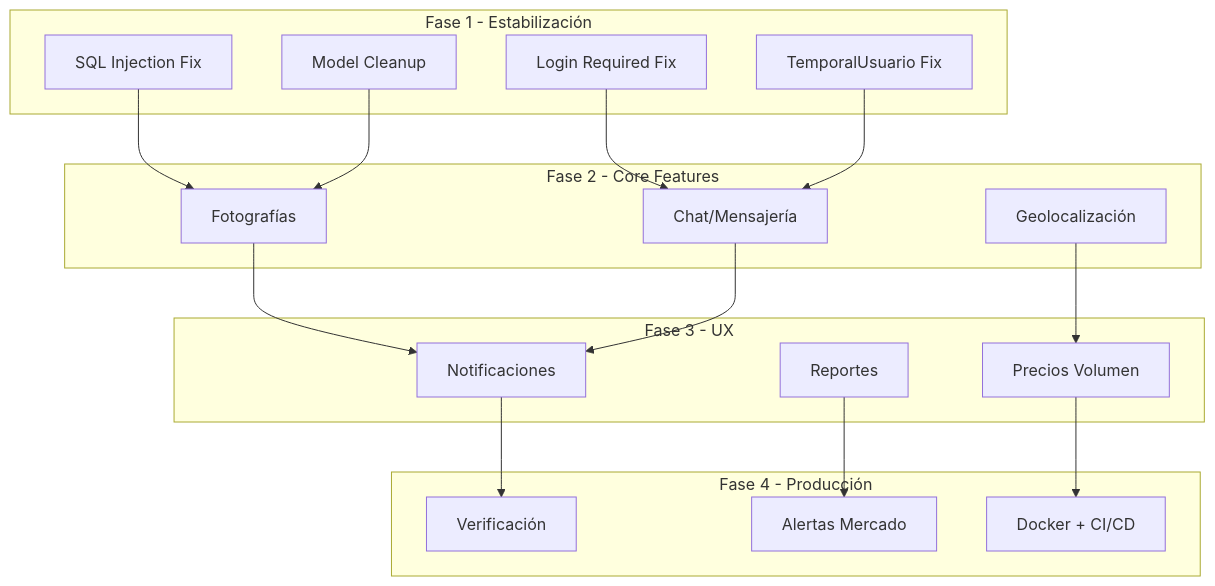
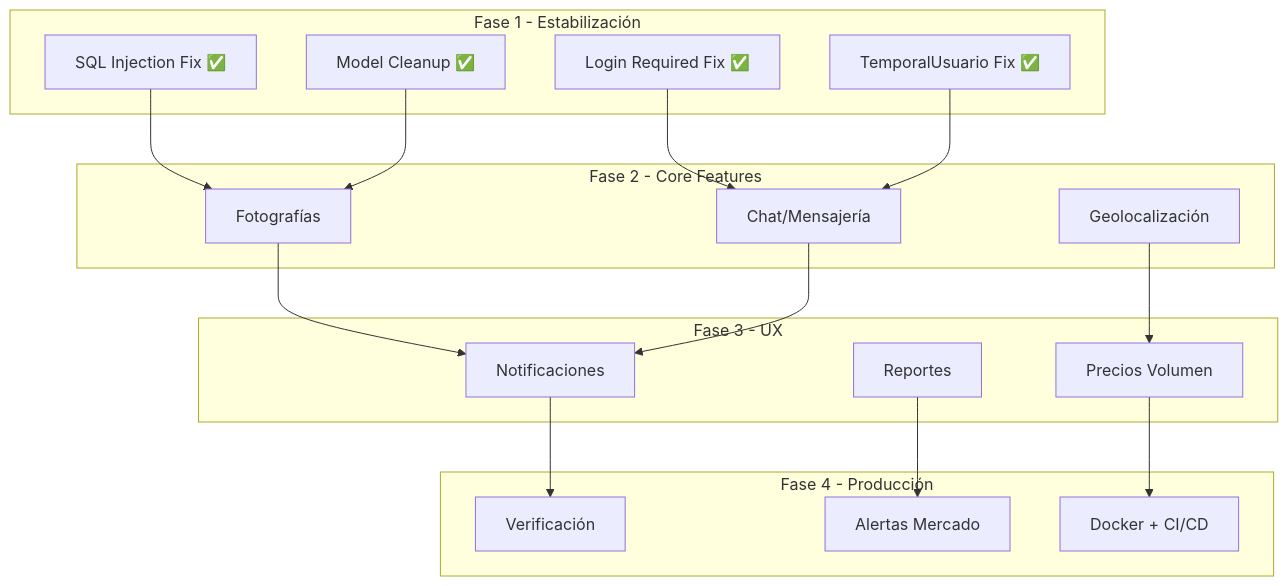
One commit to danieldavid-23/agrosft changed the diagram in docs/ROADMAP.md. Above: the diagram before and after it, drawn with Mermaid. The commit also changed other lines of this file and 52 other files, not shown here.

````diff
--- a/docs/ROADMAP.md
+++ b/docs/ROADMAP.md
@@ -162,38 +180,38 @@
 ```mermaid
 graph TD
     subgraph Fase 1 - Estabilización
-        S1[SQL Injection Fix]
-        S2[Login Required Fix]
-        S3[TemporalUsuario Fix]
-        S4[Model Cleanup]
+        S1[SQL Injection Fix ✅]
+        S2[Login Required Fix ✅]
+        S3[TemporalUsuario Fix ✅]
+        S4[Model Cleanup ✅]
     end
 
     subgraph Fase 2 - Core Features
         F1[Fotografías]
         F2[Chat/Mensajería]
         F3[Geolocalización]
     end
 
     subgraph Fase 3 - UX
         X1[Notificaciones]
         X2[Precios Volumen]
         X3[Reportes]
     end
 
     subgraph Fase 4 - Producción
         P1[Verificación]
         P2[Alertas Mercado]
         P3[Docker + CI/CD]
     end
 
     S1 --> F1
     S2 --> F2
     S3 --> F2
     S4 --> F1
     F1 --> X1
     F2 --> X1
     F3 --> X2
     X1 --> P1
     X2 --> P3
     X3 --> P2
 ```
````
